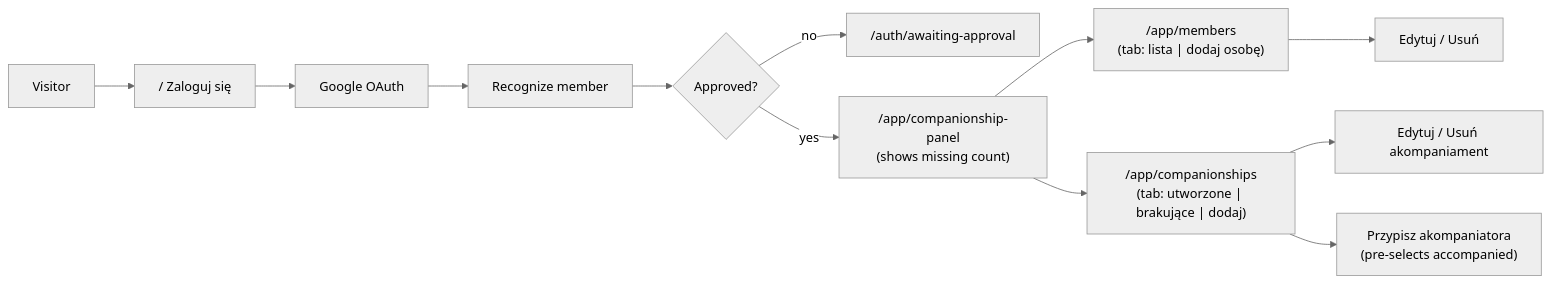
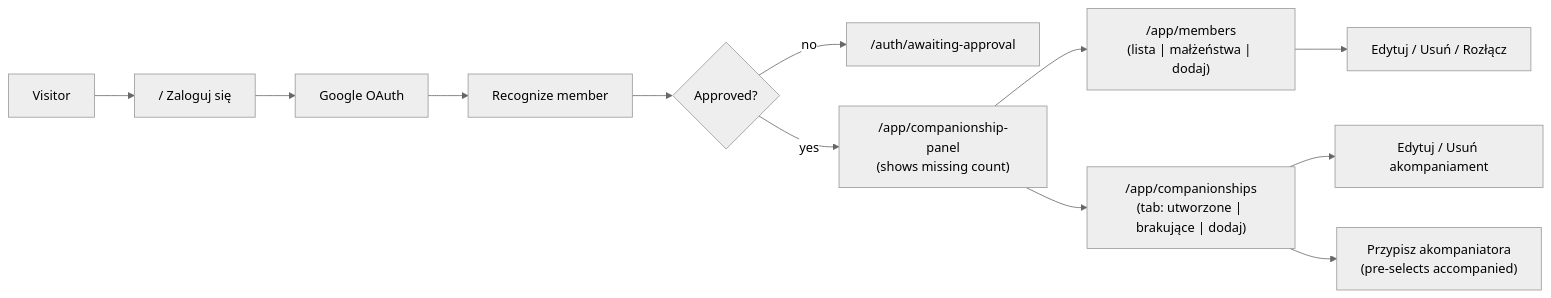
The first of 2 diagrams in docs/README.md (greg-latuszek/emma-companionship), drawn with Mermaid (neutral theme) before and after one commit. The commit also changed 28 other files, not shown here.

````diff
--- a/docs/README.md
+++ b/docs/README.md
@@ -9,14 +9,14 @@
 ```mermaid
 flowchart LR
   visitor[Visitor] --> home["/ Zaloguj się"]
   home --> google[Google OAuth]
   google --> recognize[Recognize member]
   recognize --> pending{Approved?}
   pending -->|no| wait["/auth/awaiting-approval"]
   pending -->|yes| panel["/app/companionship-panel\n(shows missing count)"]
-  panel --> members["/app/members\n(tab: lista | dodaj osobę)"]
-  members --> edit["Edytuj / Usuń"]
+  panel --> members["/app/members\n(lista | małżeństwa | dodaj)"]
+  members --> edit["Edytuj / Usuń / Rozłącz"]
   panel --> companionships["/app/companionships\n(tab: utworzone | brakujące | dodaj)"]
   companionships --> editRel["Edytuj / Usuń akompaniament"]
   companionships --> assign["Przypisz akompaniatora\n(pre-selects accompanied)"]
 ```
````
